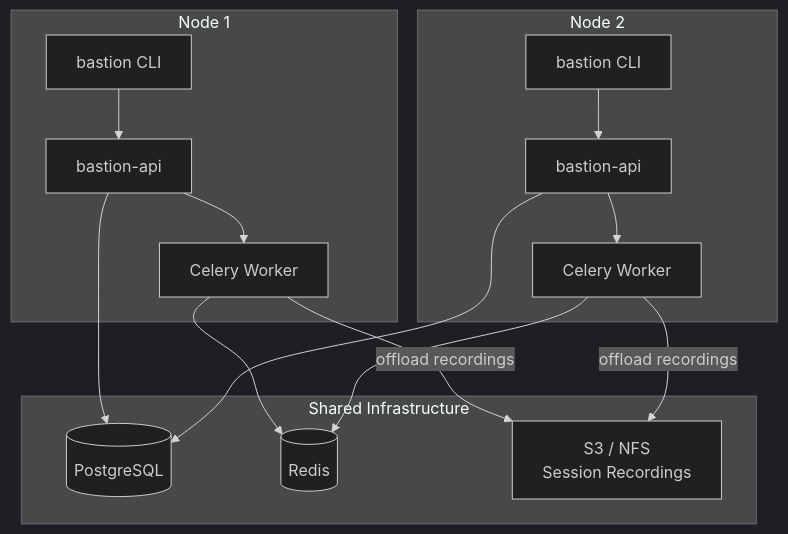
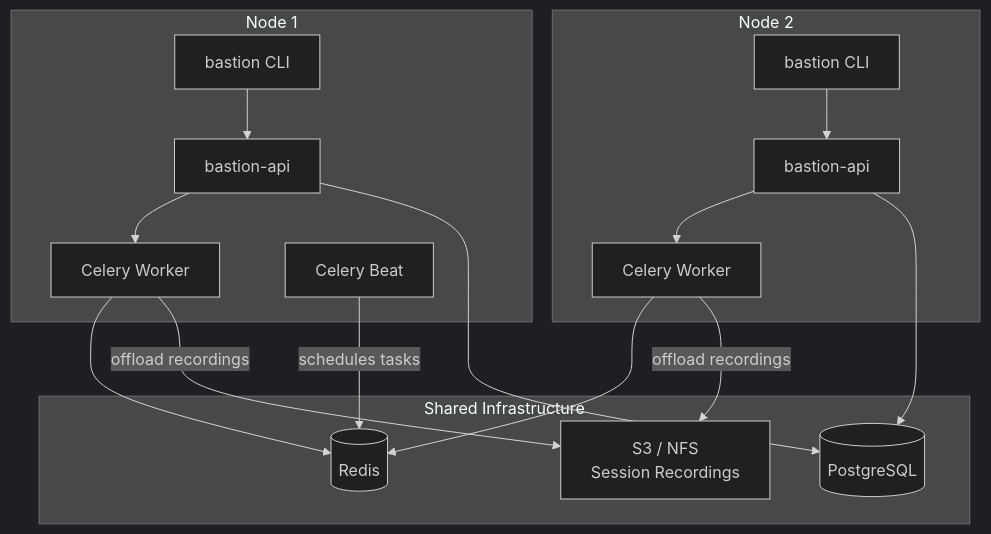
One commit to disappointingsupernova/bastion changed the seventh of 7 diagrams in docs/architecture.md. Above: the diagram before and after it, drawn with Mermaid (dark theme). The commit also changed other lines of this file and 9 other files, not shown here.

````diff
--- a/docs/architecture.md
+++ b/docs/architecture.md
@@ -375,25 +455,27 @@
 ```mermaid
 graph TB
     subgraph Node 1
         CLI1[bastion CLI] --> API1[bastion-api]
         API1 --> W1[Celery Worker]
+        BEAT1[Celery Beat]
     end
 
     subgraph Node 2
         CLI2[bastion CLI] --> API2[bastion-api]
         API2 --> W2[Celery Worker]
     end
 
     subgraph Shared Infrastructure
         PG[(PostgreSQL)]
         REDIS[(Redis)]
         S3[S3 / NFS\nSession Recordings]
     end
 
     API1 --> PG
     API2 --> PG
     W1 --> REDIS
     W2 --> REDIS
     W1 -->|offload recordings| S3
     W2 -->|offload recordings| S3
+    BEAT1 -->|schedules tasks| REDIS
 ```
````
